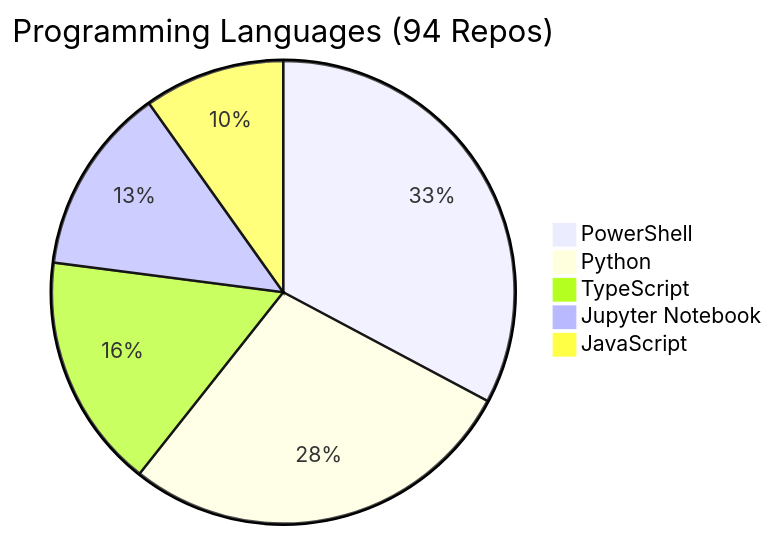
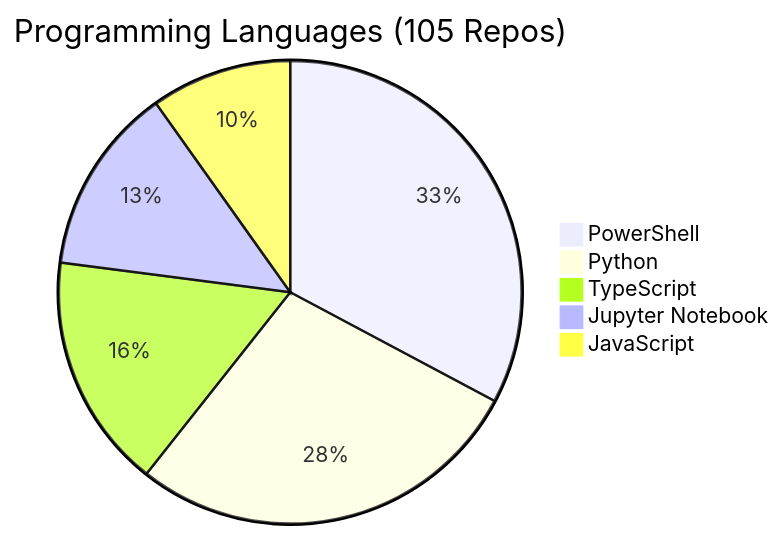
The diagram in REPOS.md (fabioc-aloha/fabioc-aloha), drawn with Mermaid before and after one commit. The commit also changed other lines of this file and 1 other file, not shown here.

````diff
--- a/REPOS.md
+++ b/REPOS.md
@@ -137,8 +148,8 @@
 ```mermaid
-pie title Programming Languages (94 Repos)
+pie title Programming Languages (105 Repos)
     "PowerShell" : 20
     "Python" : 17
     "TypeScript" : 10
     "Jupyter Notebook" : 8
     "JavaScript" : 6
 ```
````
